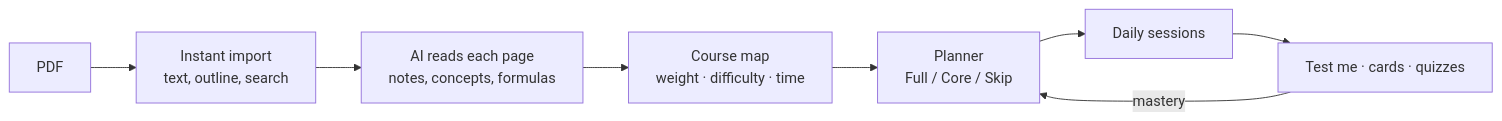
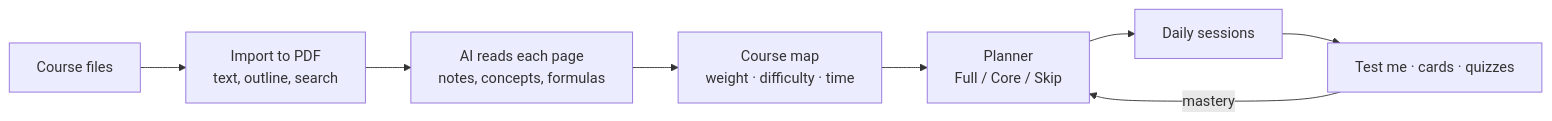
Before and after one commit to MykolaVaskevych/study-buddy: the diagram in README.md, drawn with Mermaid. The commit also changed other lines of this file, not shown here.

````diff
--- a/README.md
+++ b/README.md
@@ -62,10 +66,10 @@
 ```mermaid
 flowchart LR
-  A[PDF] --> B[Instant import<br>text, outline, search]
+  A[Course files] --> B[Import to PDF<br>text, outline, search]
   B --> C[AI reads each page<br>notes, concepts, formulas]
   C --> D[Course map<br>weight · difficulty · time]
   D --> E[Planner<br>Full / Core / Skip]
   E --> F[Daily sessions]
   F --> G[Test me · cards · quizzes]
   G -- mastery --> E
 ```
````
